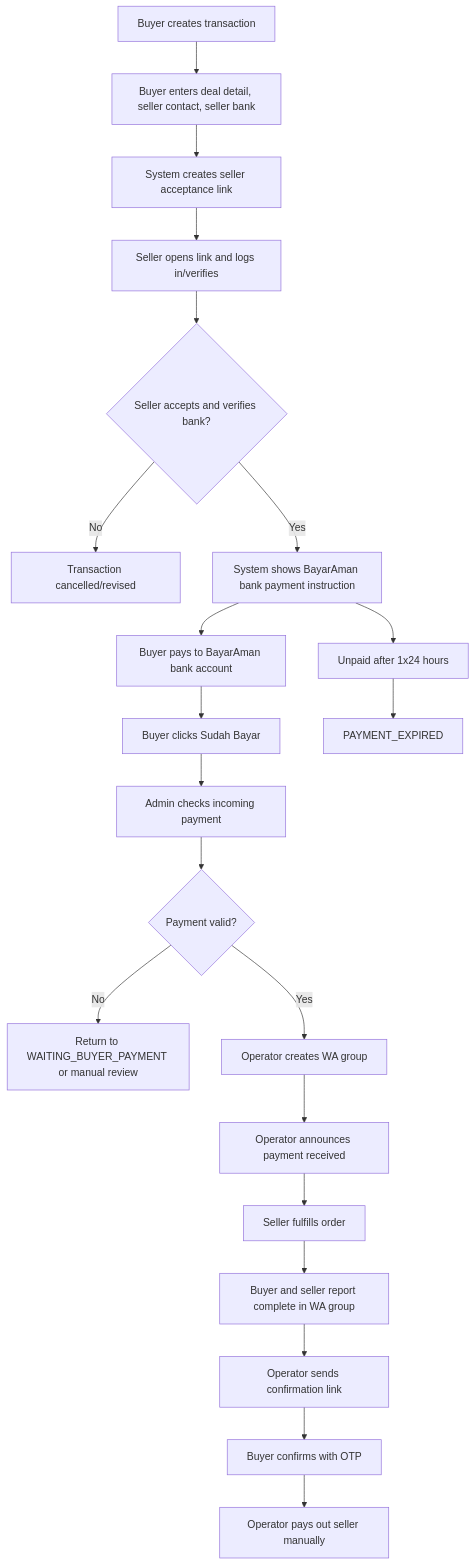
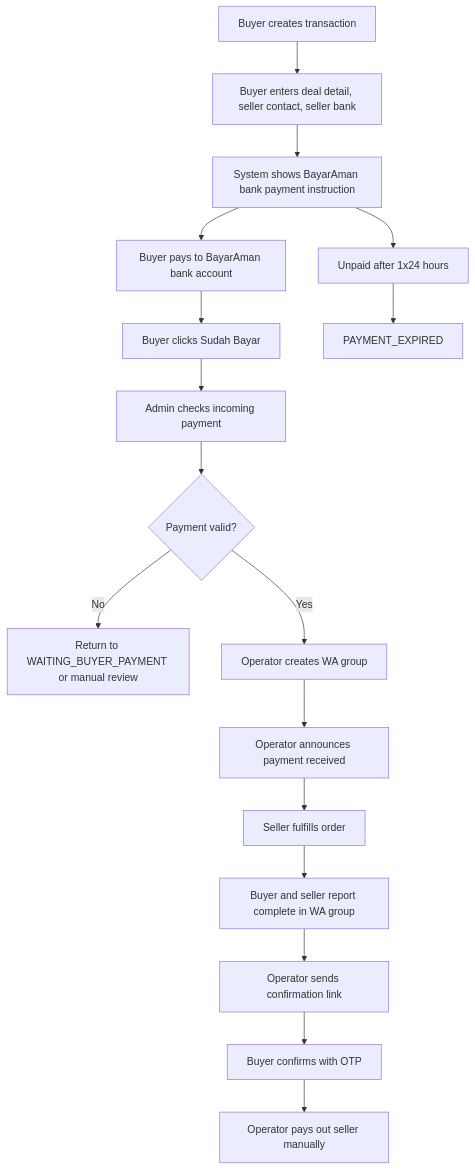
The third of 9 diagrams in TRD.md (nunutech40/bayaraman), drawn with Mermaid before and after one commit. The commit also changed other lines of this file and 4 other files, not shown here.

Commit message:
Align docs with latest manual flow

````diff
--- a/TRD.md
+++ b/TRD.md
@@ -104,23 +104,19 @@
 ```mermaid
 flowchart TD
   B[Buyer creates transaction] --> A[Buyer enters deal detail, seller contact, seller bank]
-  A --> C[System creates seller acceptance link]
-  C --> D[Seller opens link and logs in/verifies]
-  D --> E{Seller accepts and verifies bank?}
-  E -->|No| X[Transaction cancelled/revised]
-  E -->|Yes| F[System shows BayarAman bank payment instruction]
+  A --> F[System shows BayarAman bank payment instruction]
   F --> G[Buyer pays to BayarAman bank account]
   G --> H[Buyer clicks Sudah Bayar]
   H --> I[Admin checks incoming payment]
   I --> J{Payment valid?}
   J -->|No| K[Return to WAITING_BUYER_PAYMENT or manual review]
   J -->|Yes| L[Operator creates WA group]
   L --> M[Operator announces payment received]
   M --> N[Seller fulfills order]
   N --> O[Buyer and seller report complete in WA group]
   O --> P[Operator sends confirmation link]
   P --> Q[Buyer confirms with OTP]
   Q --> R[Operator pays out seller manually]
   F --> S[Unpaid after 1x24 hours]
   S --> T[PAYMENT_EXPIRED]
 ```
````
